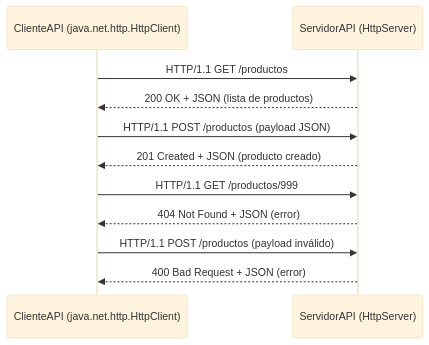
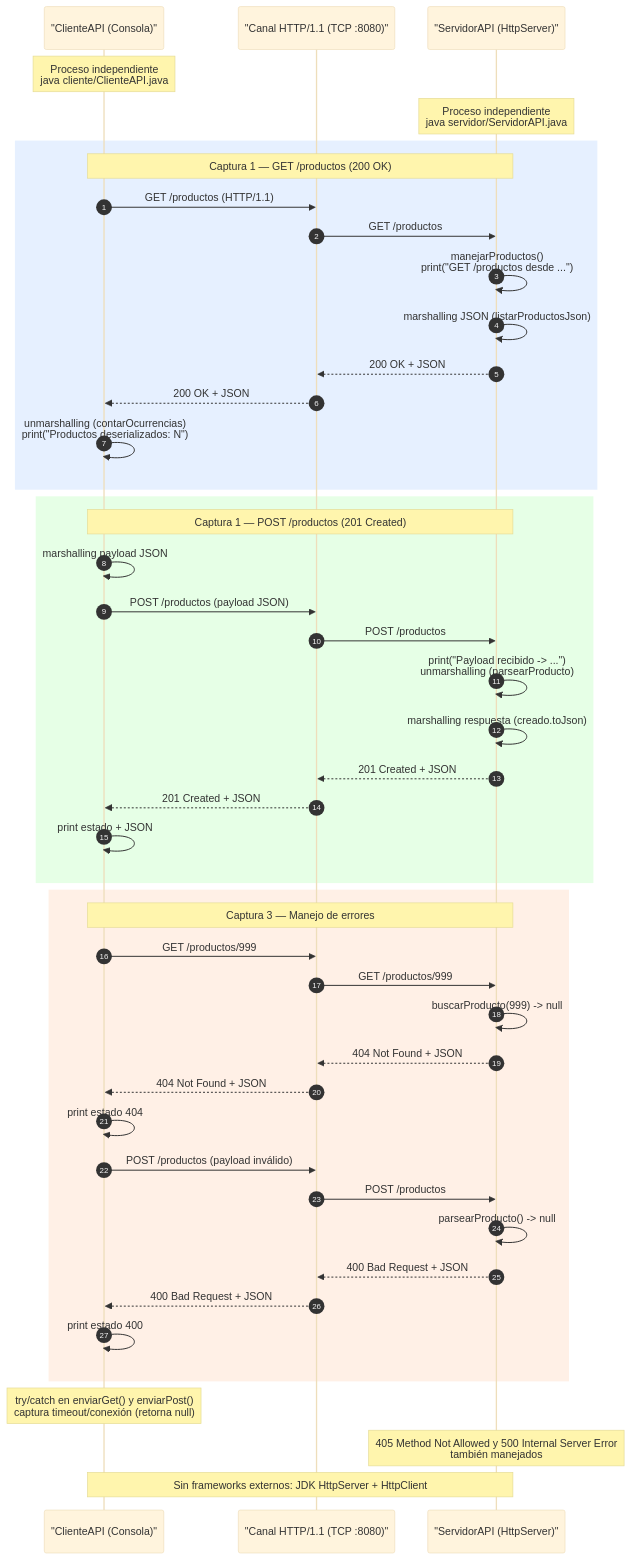
One commit to ignacionallar/distributed_environments_tps changed the diagram in Desarrollo/TP_7/README.md. Above: the diagram before and after it, drawn with Mermaid (base theme). The commit also changed other lines of this file, not shown here.

Commit message:
Prueba mermaid TP7

````diff
--- a/Desarrollo/TP_7/README.md
+++ b/Desarrollo/TP_7/README.md
@@ -12,14 +13,54 @@
 ```mermaid
 sequenceDiagram
-    participant C as ClienteAPI (java.net.http.HttpClient)
-    participant S as ServidorAPI (HttpServer)
+    autonumber
+    participant Cli as "ClienteAPI (Consola)"
+    participant HTTP as "Canal HTTP/1.1 (TCP :8080)"
+    participant Srv as "ServidorAPI (HttpServer)"
 
-    C->>S: HTTP/1.1 GET /productos
-    S-->>C: 200 OK + JSON (lista de productos)
-    C->>S: HTTP/1.1 POST /productos (payload JSON)
-    S-->>C: 201 Created + JSON (producto creado)
-    C->>S: HTTP/1.1 GET /productos/999
-    S-->>C: 404 Not Found + JSON (error)
-    C->>S: HTTP/1.1 POST /productos (payload inválido)
-    S-->>C: 400 Bad Request + JSON (error)
+    Note over Cli: Proceso independiente<br/>java cliente/ClienteAPI.java
+    Note over Srv: Proceso independiente<br/>java servidor/ServidorAPI.java
+
+    rect rgb(230, 240, 255)
+    Note over Cli,Srv: Captura 1 — GET /productos (200 OK)
+    Cli->>HTTP: GET /productos (HTTP/1.1)
+    HTTP->>Srv: GET /productos
+    Srv->>Srv: manejarProductos()<br/>print("GET /productos desde ...")
+    Srv->>Srv: marshalling JSON (listarProductosJson)
+    Srv-->>HTTP: 200 OK + JSON
+    HTTP-->>Cli: 200 OK + JSON
+    Cli->>Cli: unmarshalling (contarOcurrencias)<br/>print("Productos deserializados: N")
+    end
+
+    rect rgb(230, 255, 230)
+    Note over Cli,Srv: Captura 1 — POST /productos (201 Created)
+    Cli->>Cli: marshalling payload JSON
+    Cli->>HTTP: POST /productos (payload JSON)
+    HTTP->>Srv: POST /productos
+    Srv->>Srv: print("Payload recibido -> ...")<br/>unmarshalling (parsearProducto)
+    Srv->>Srv: marshalling respuesta (creado.toJson)
+    Srv-->>HTTP: 201 Created + JSON
+    HTTP-->>Cli: 201 Created + JSON
+    Cli->>Cli: print estado + JSON
+    end
+
+    rect rgb(255, 240, 230)
+    Note over Cli,Srv: Captura 3 — Manejo de errores
+    Cli->>HTTP: GET /productos/999
+    HTTP->>Srv: GET /productos/999
+    Srv->>Srv: buscarProducto(999) -> null
+    Srv-->>HTTP: 404 Not Found + JSON
+    HTTP-->>Cli: 404 Not Found + JSON
+    Cli->>Cli: print estado 404
+
+    Cli->>HTTP: POST /productos (payload inválido)
+    HTTP->>Srv: POST /productos
+    Srv->>Srv: parsearProducto() -> null
+    Srv-->>HTTP: 400 Bad Request + JSON
+    HTTP-->>Cli: 400 Bad Request + JSON
+    Cli->>Cli: print estado 400
+    end
+
+    Note over Cli: try/catch en enviarGet() y enviarPost()<br/>captura timeout/conexión (retorna null)
+    Note over Srv: 405 Method Not Allowed y 500 Internal Server Error<br/>también manejados
+    Note over Cli,Srv: Sin frameworks externos: JDK HttpServer + HttpClient
 ```
````
